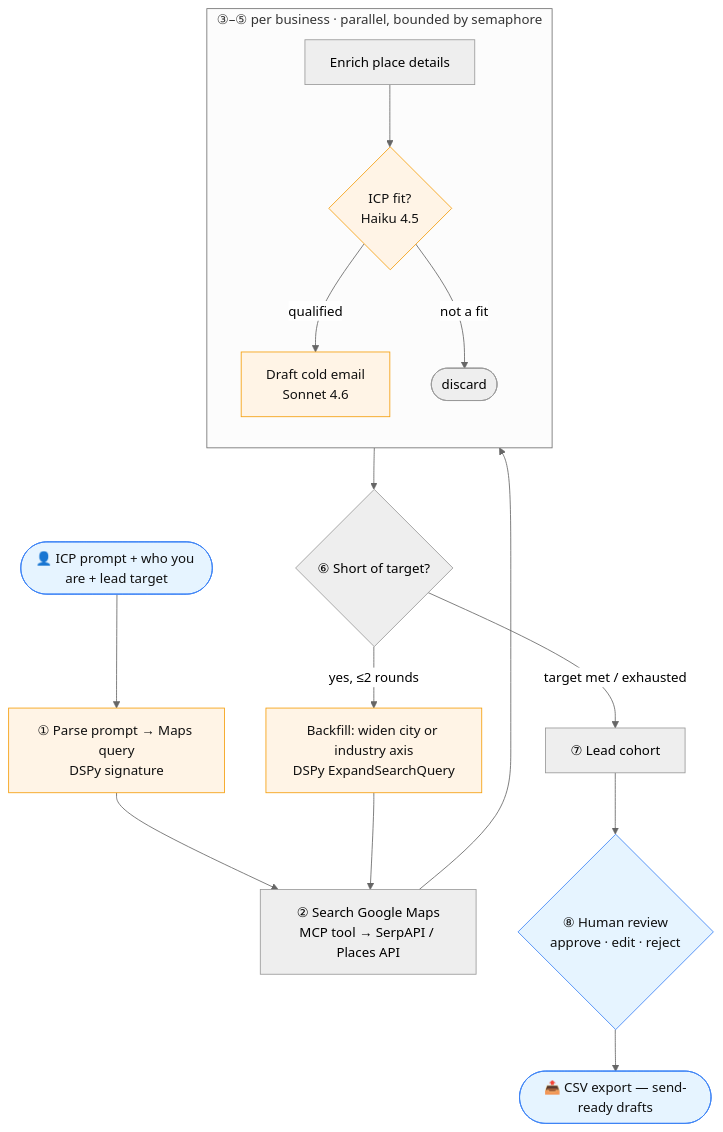
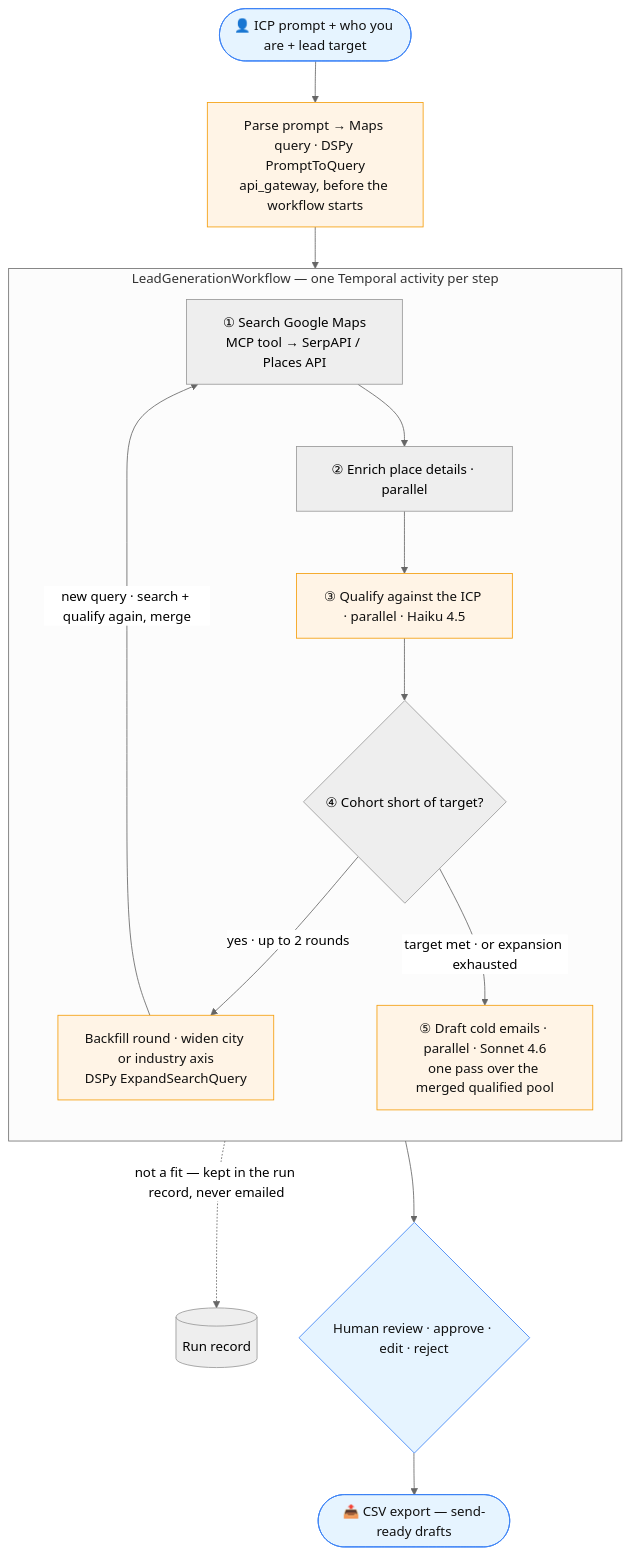
The first of 2 diagrams in README.md (KVM1L03/lead-ia), drawn with Mermaid (neutral theme) before and after one commit. The commit also changed other lines of this file and 1 other file, not shown here.

First paragraph of the commit message:
docs: correct pipeline order, activity boundary, and email length claims
Review caught four factual errors in the new README:

````diff
--- a/README.md
+++ b/README.md
@@ -48,34 +48,30 @@
 ```mermaid
 flowchart TB
     START(["👤 ICP prompt + who you are + lead target"])
+    START --> PARSE["Parse prompt → Maps query · DSPy PromptToQuery<br/>api_gateway, before the workflow starts"]
 
-    START --> PARSE["① Parse prompt → Maps query<br/>DSPy signature"]
-    PARSE --> SEARCH["② Search Google Maps<br/>MCP tool → SerpAPI / Places API"]
+    subgraph WF["LeadGenerationWorkflow — one Temporal activity per step"]
+        direction TB
+        SEARCH["① Search Google Maps<br/>MCP tool → SerpAPI / Places API"]
+        ENRICH["② Enrich place details · parallel"]
+        QUAL["③ Qualify against the ICP · parallel · Haiku 4.5"]
+        SHORT{"④ Cohort short of target?"}
+        BACKFILL["Backfill round · widen city or industry axis<br/>DSPy ExpandSearchQuery"]
+        EMAIL["⑤ Draft cold emails · parallel · Sonnet 4.6<br/>one pass over the merged qualified pool"]
 
-    SEARCH --> LOOP
-
-    subgraph LOOP["③–⑤ per business · parallel, bounded by semaphore"]
-        direction TB
-        ENRICH["Enrich place details"]
-        QUAL{"ICP fit?<br/>Haiku 4.5"}
-        EMAIL["Draft cold email<br/>Sonnet 4.6"]
-        DROP([discard])
-
-        ENRICH --> QUAL
-        QUAL -->|qualified| EMAIL
-        QUAL -->|not a fit| DROP
+        SEARCH --> ENRICH --> QUAL --> SHORT
+        SHORT -->|"yes · up to 2 rounds"| BACKFILL
+        BACKFILL -->|"new query · search + qualify again, merge"| SEARCH
+        SHORT -->|"target met · or expansion exhausted"| EMAIL
     end
 
-    LOOP --> SHORT{"⑥ Short of target?"}
-    SHORT -->|yes, ≤2 rounds| BACKFILL["Backfill: widen city or industry axis<br/>DSPy ExpandSearchQuery"]
-    BACKFILL --> SEARCH
-    SHORT -->|target met / exhausted| COHORT["⑦ Lead cohort"]
-
-    COHORT --> REVIEW{"⑧ Human review<br/>approve · edit · reject"}
+    PARSE --> SEARCH
+    QUAL -.->|"not a fit — kept in the run record, never emailed"| RECORD[("Run record")]
+    EMAIL --> REVIEW{"Human review · approve · edit · reject"}
     REVIEW --> OUT(["📤 CSV export — send-ready drafts"])
 
     classDef ai fill:#fff4e6,stroke:#f59e0b,color:#111
     classDef human fill:#e6f4ff,stroke:#3b82f6,color:#111
     class PARSE,QUAL,EMAIL,BACKFILL ai
     class START,REVIEW,OUT human
 ```
````
